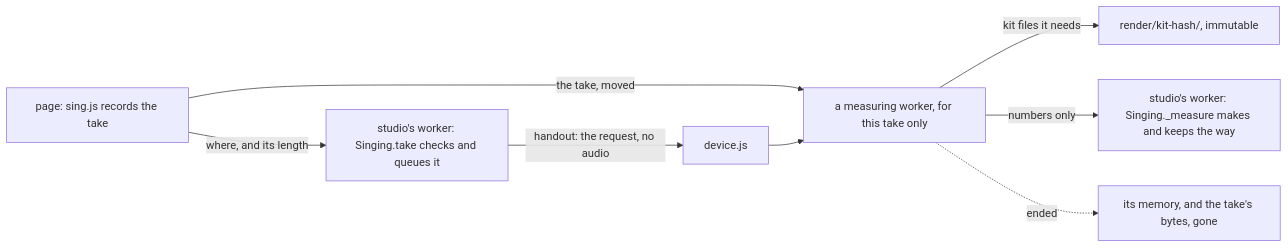
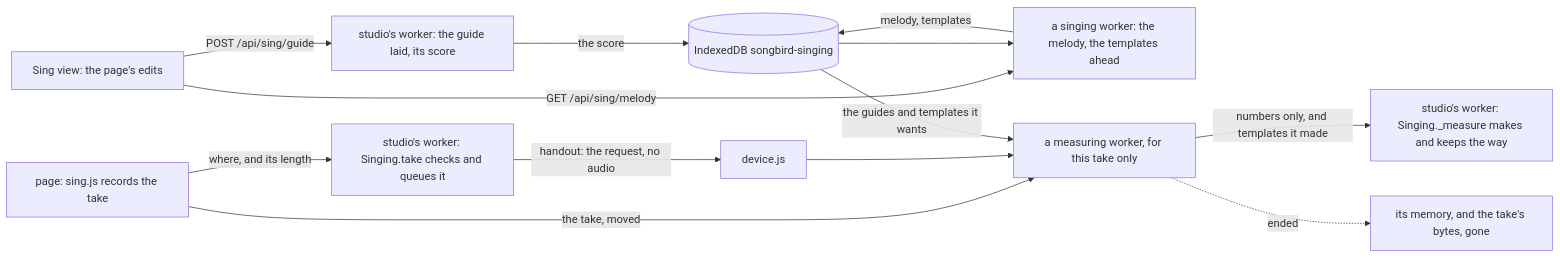
Before and after one commit to quadule/now-its-by-you: the second of 2 diagrams in docs/WEB-SINGING.md, drawn with Mermaid. The commit also changed other lines of this file and 1 other file, not shown here.

````diff
--- a/docs/WEB-SINGING.md
+++ b/docs/WEB-SINGING.md
@@ -319,10 +388,15 @@
 ```mermaid
 flowchart LR
-  P[page: sing.js records the take] -->|where, and its length| S[studio's worker: Singing.take checks and queues it]
-  S -->|handout: the request, no audio| D[device.js]
+  V[Sing view: the page's edits] -->|POST /api/sing/guide| S[studio's worker: the guide laid, its score]
+  S -->|the score| I[(IndexedDB songbird-singing)]
+  V -->|GET /api/sing/melody| W[a singing worker: the melody, the templates ahead]
+  I --> W
+  W -->|melody, templates| I
+  P[page: sing.js records the take] -->|where, and its length| S2[studio's worker: Singing.take checks and queues it]
+  S2 -->|handout: the request, no audio| D[device.js]
   P -->|the take, moved| M[a measuring worker, for this take only]
   D --> M
-  M -->|kit files it needs| K[render/kit-hash/, immutable]
-  M -->|numbers only| S2[studio's worker: Singing._measure makes and keeps the way]
+  I -->|the guides and templates it wants| M
+  M -->|numbers only, and templates it made| S3[studio's worker: Singing._measure makes and keeps the way]
   M -.ended.-> X[its memory, and the take's bytes, gone]
 ```
````
